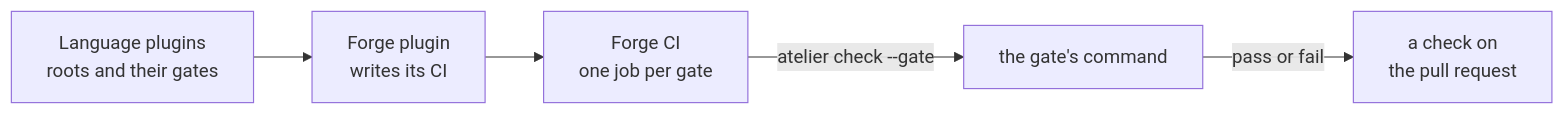
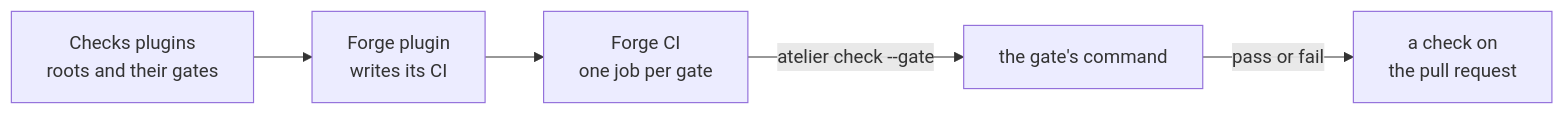
The third of 4 diagrams in README.md (StevenJPx2/atelier), drawn with Mermaid before and after one commit. The commit also changed other lines of this file, not shown here.

Commit message:
docs: let plugins add steps, as checks and stages, chosen per project

````diff
--- a/README.md
+++ b/README.md
@@ -81,7 +82,7 @@
 ```mermaid
 flowchart LR
-    Lang["Language plugins<br/>roots and their gates"] --> Forge["Forge plugin<br/>writes its CI"]
+    Lang["Checks plugins<br/>roots and their gates"] --> Forge["Forge plugin<br/>writes its CI"]
     Forge --> CI["Forge CI<br/>one job per gate"]
     CI -- "atelier check --gate" --> Check["the gate's command"]
     Check -- "pass or fail" --> PR["a check on<br/>the pull request"]
 ```
````
